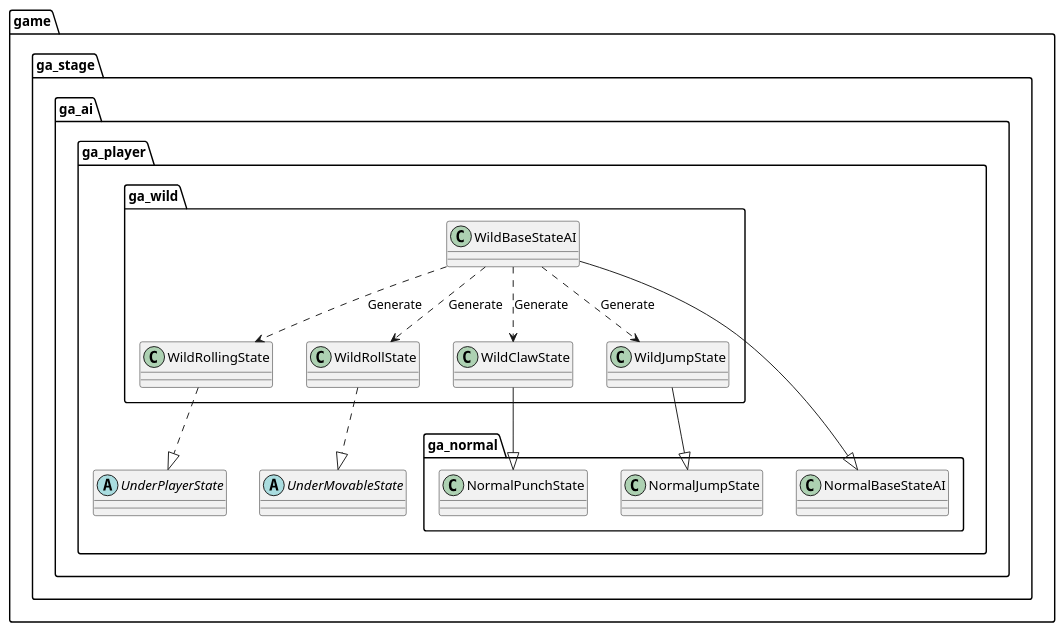
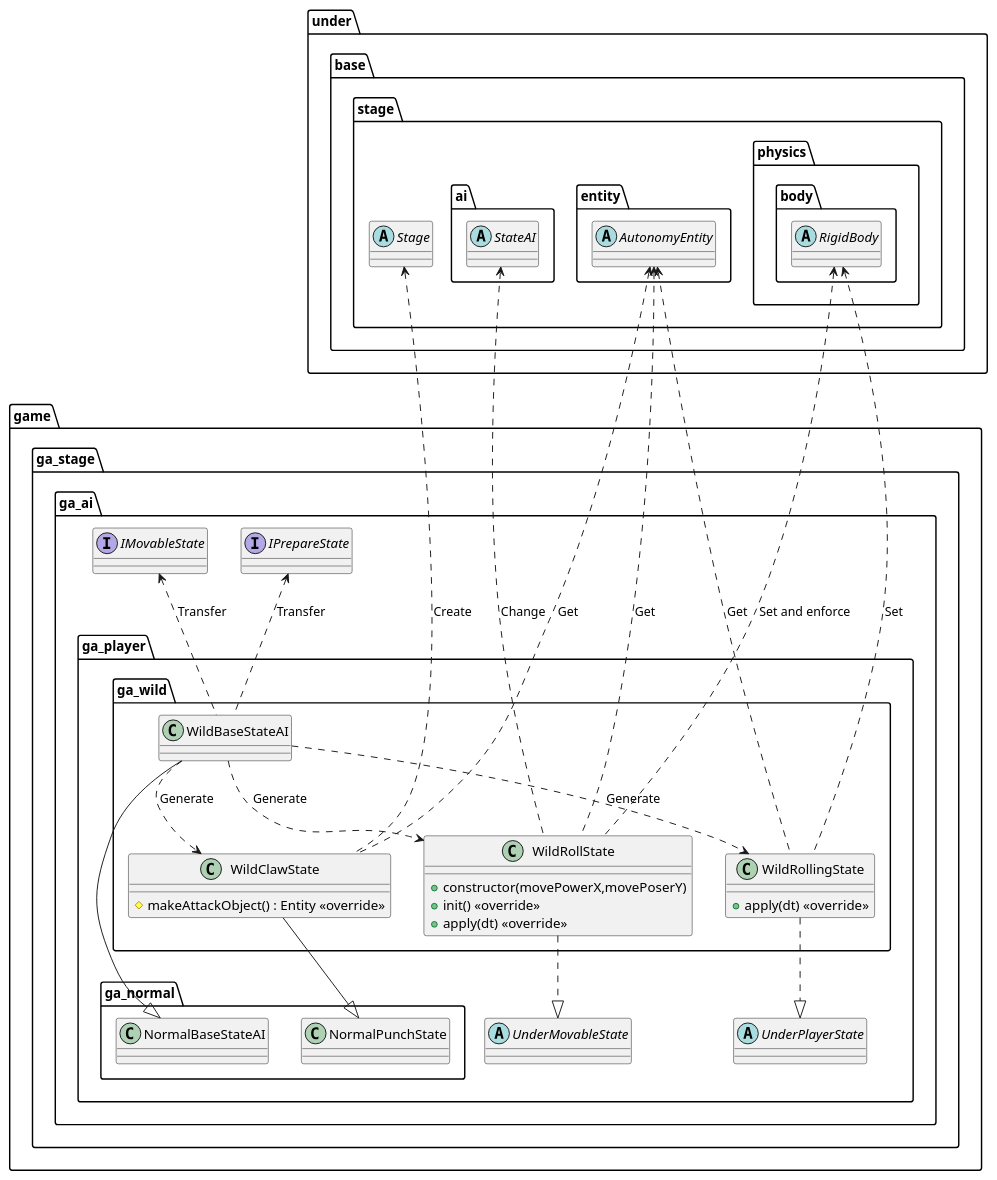
The diagram in uml/entity/ai/Wild.wsd (Expine/Under), drawn with PlantUML before and after one commit. The commit also changed 9 other files, not shown here.

```diff
--- a/uml/entity/ai/Wild.wsd
+++ b/uml/entity/ai/Wild.wsd
@@ -1,46 +1,83 @@
 @startuml AIWild
 package game {
     package ga_stage {
         package ga_ai {
             package ga_player {
                 package ga_wild {
                     class WildBaseStateAI
-                    class WildJumpState
-                    class WildClawState
-                    class WildRollingState
-                    class WildRollState
+                    class WildClawState {
+                        #makeAttackObject() : Entity <<override>>
+                    }
+                    class WildRollingState {
+                        +apply(dt) <<override>>
+                    }
+                    class WildRollState {
+                        +constructor(movePowerX,movePoserY)
+                        +init() <<override>>
+                        +apply(dt) <<override>>
+                    }
+                }
+            }
+        }
+    }
+}
+
+package under {
+    package base {
+        package stage {
+            abstract Stage
+            package ai {
+                abstract StateAI
+            }
+            package entity {
+                abstract AutonomyEntity
+            }
+            package physics {
+                package body {
+                    abstract RigidBody
                 }
             }
         }
     }
 }
 
 package game {
     package ga_stage {
         package ga_ai {
+            interface IMovableState
+            interface IPrepareState
             package ga_player {
                 abstract UnderPlayerState
                 abstract UnderMovableState
                 package ga_normal {
                     class NormalBaseStateAI
-                    class NormalJumpState
                     class NormalPunchState
                 }
             }
         }
     }
 }
 
-WildBaseStateAI ..> WildJumpState : Generate
+IMovableState <.. WildBaseStateAI : Transfer
+IPrepareState <.. WildBaseStateAI : Transfer
+
 WildBaseStateAI ..> WildClawState : Generate
 WildBaseStateAI ..> WildRollState : Generate
 WildBaseStateAI ..> WildRollingState : Generate
 
+AutonomyEntity <.... WildClawState : Get
+Stage <.... WildClawState : Create
+StateAI <.... WildRollState : Change
+AutonomyEntity <.... WildRollState : Get
+RigidBody <.... WildRollState : Set and enforce
+
+AutonomyEntity <.... WildRollingState : Get
+RigidBody <.... WildRollingState : Set
+
 NormalBaseStateAI <|-- WildBaseStateAI
 
-WildJumpState --|> NormalJumpState
 WildClawState --|> NormalPunchState
 WildRollingState ..|> UnderPlayerState
 WildRollState ..|> UnderMovableState
 
 @enduml
```
